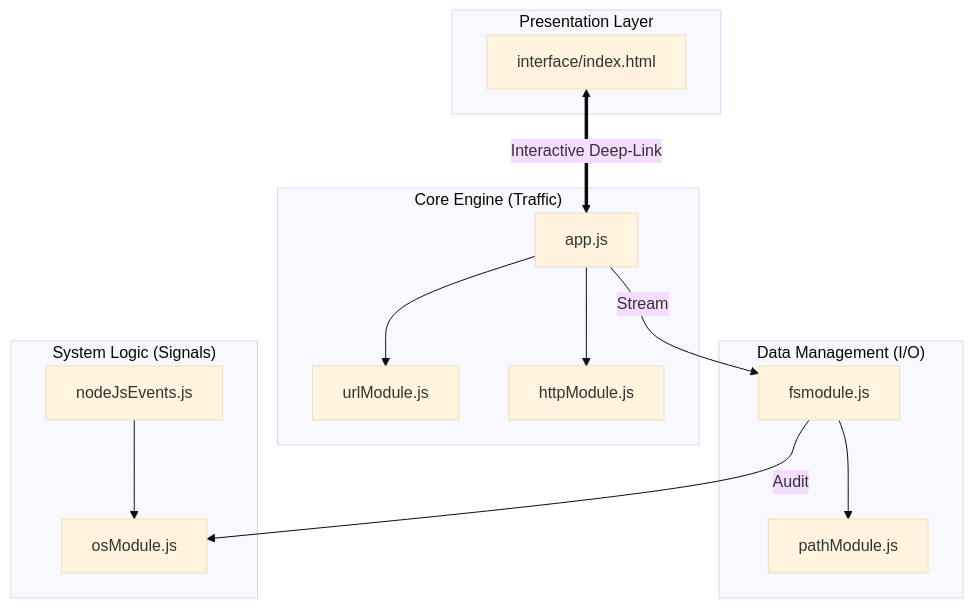
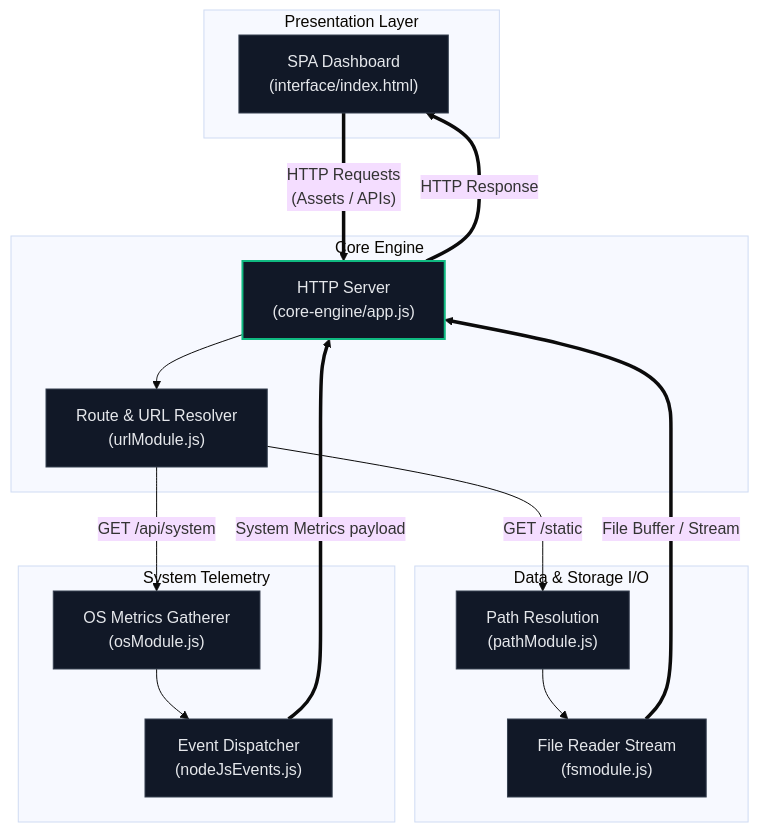
Before and after one commit to ABDUL-RAHMAN-9/Backend-Development: the diagram in README.md, drawn with Mermaid (base theme). The commit also changed other lines of this file, not shown here.

````diff
--- a/README.md
+++ b/README.md
@@ -16,23 +17,40 @@
 ```mermaid
 graph TD
-    subgraph "Presentation Layer"
-        UI[interface/index.html]
+    classDef default fill:#111827,stroke:#374151,stroke-width:1px,color:#e5e7eb;
+    classDef accent fill:#111827,stroke:#10b981,stroke-width:2px,color:#e5e7eb;
+
+    subgraph Presentation ["Presentation Layer"]
+        UI["SPA Dashboard<br>(interface/index.html)"]
     end
 
-    subgraph "Core Engine (Traffic)"
-        SRV[app.js] --> RT[urlModule.js]
-        SRV --> CLNT[httpModule.js]
+    subgraph Core ["Core Engine"]
+        SRV["HTTP Server<br>(core-engine/app.js)"]:::accent
+        RTR["Route & URL Resolver<br>(urlModule.js)"]
     end
 
-    subgraph "Data Management (I/O)"
-        FS[fsmodule.js] --> PATH[pathModule.js]
+    subgraph IO ["Data & Storage I/O"]
+        PTH["Path Resolution<br>(pathModule.js)"]
+        FS["File Reader Stream<br>(fsmodule.js)"]
     end
 
-    subgraph "System Logic (Signals)"
-        EV[nodeJsEvents.js] --> OS[osModule.js]
+    subgraph Diagnostics ["System Telemetry"]
+        OS["OS Metrics Gatherer<br>(osModule.js)"]
+        EVT["Event Dispatcher<br>(nodeJsEvents.js)"]
     end
 
-    UI <== "Interactive Deep-Link" ==> SRV
-    SRV -- "Stream" --> FS
-    FS -- "Audit" --> OS
+    %% Data Flow
+    UI ==>|"HTTP Requests<br>(Assets / APIs)"| SRV
+    SRV --> RTR
+    
+    %% Static Asset Path
+    RTR -->|"GET /static"| PTH
+    PTH --> FS
+    FS ==>|"File Buffer / Stream"| SRV
+    
+    %% System Telemetry Path
+    RTR -->|"GET /api/system"| OS
+    OS --> EVT
+    EVT ==>|"System Metrics payload"| SRV
+    
+    SRV ==>|"HTTP Response"| UI
 ```
````
